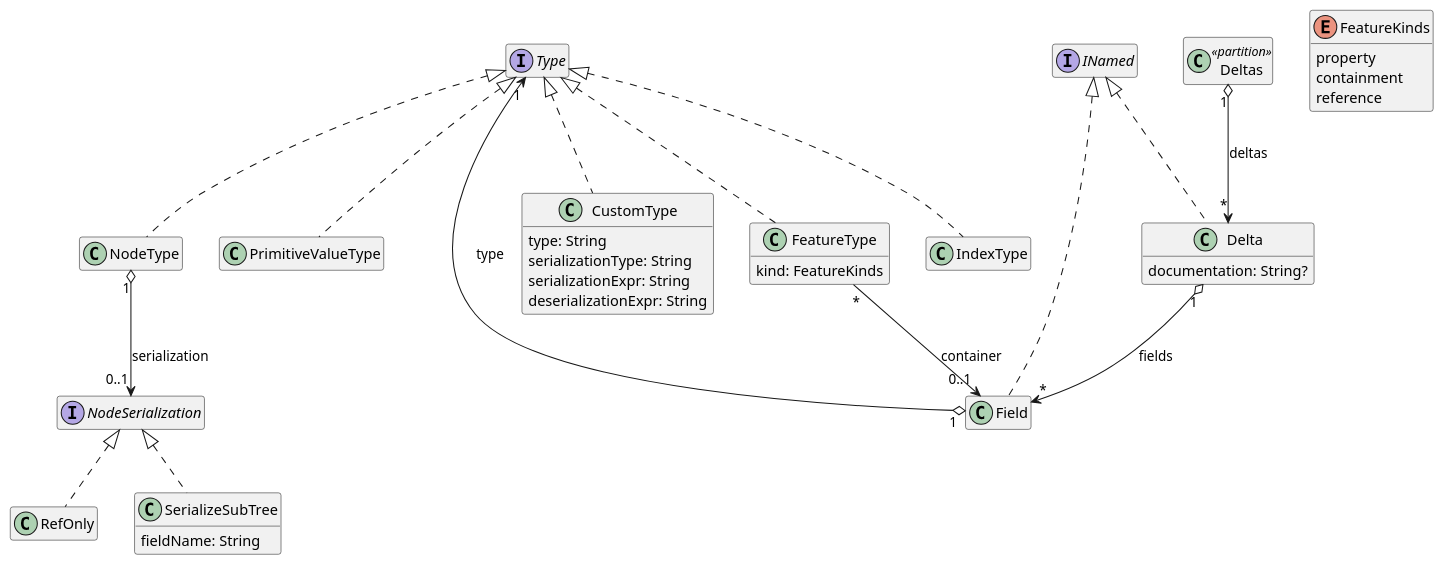
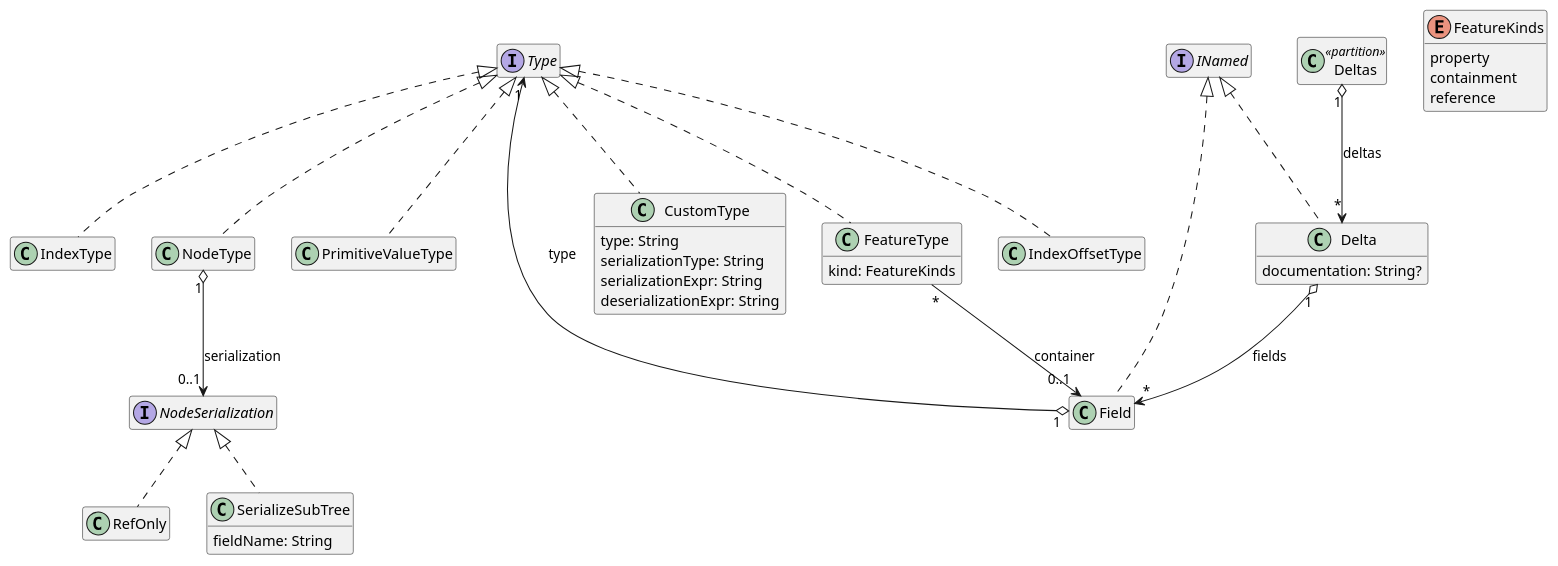
The diagram in packages/build/artifacts/deltas/delta-language.puml (LionWeb-io/lionweb-typescript), drawn with PlantUML before and after one commit. The commit also changed 8 other files, not shown here.

Commit message:
introduce type for index offset in deltas meta-DSL

```diff
--- a/packages/build/artifacts/deltas/delta-language.puml
+++ b/packages/build/artifacts/deltas/delta-language.puml
@@ -21,64 +21,67 @@
 @startuml
 hide empty members
 
 ' qualified name: "Deltas"
 
 
 class CustomType implements Type {
   type: String
   serializationType: String
   serializationExpr: String
   deserializationExpr: String
 }
 
 class Delta implements INamed {
   documentation: String?
 }
 
 class Deltas <<partition>>
 
 enum FeatureKinds {
   property
   containment
   reference
 }
 
 class FeatureType implements Type {
   kind: FeatureKinds
 }
 
 class Field implements INamed
 
+class IndexOffsetType implements Type
+
 class IndexType implements Type
 
 interface NodeSerialization
 class NodeType implements Type
 
 class PrimitiveValueType implements Type
 
 class RefOnly implements NodeSerialization
 
 class SerializeSubTree implements NodeSerialization {
   fieldName: String
 }
 
 interface Type
 
 
 ' relations:
 
 
 Delta "1" o--> "*" Field: fields
 Deltas "1" o--> "*" Delta: deltas
 
 FeatureType "*" --> "0..1" Field: container
 Field "1" o--> "1" Type: type
 
 
+
 NodeType "1" o--> "0..1" NodeSerialization: serialization
 
 
 
 
 
 @enduml
```
